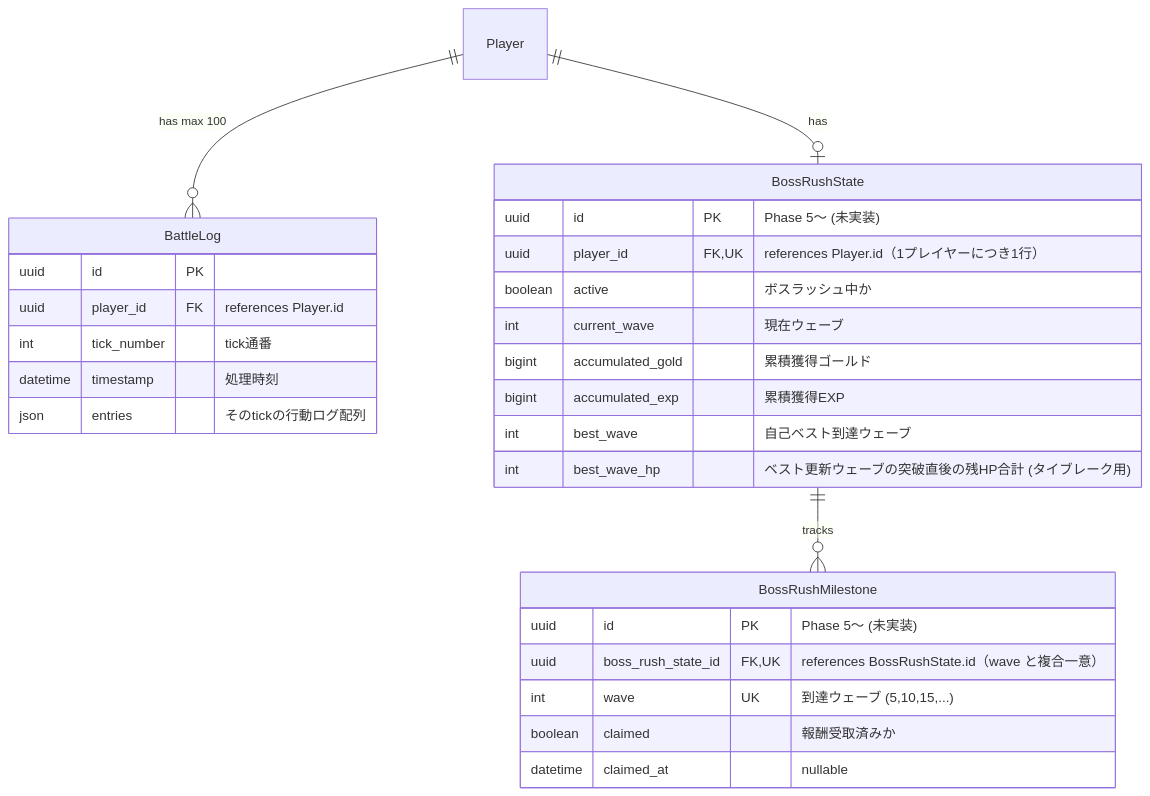
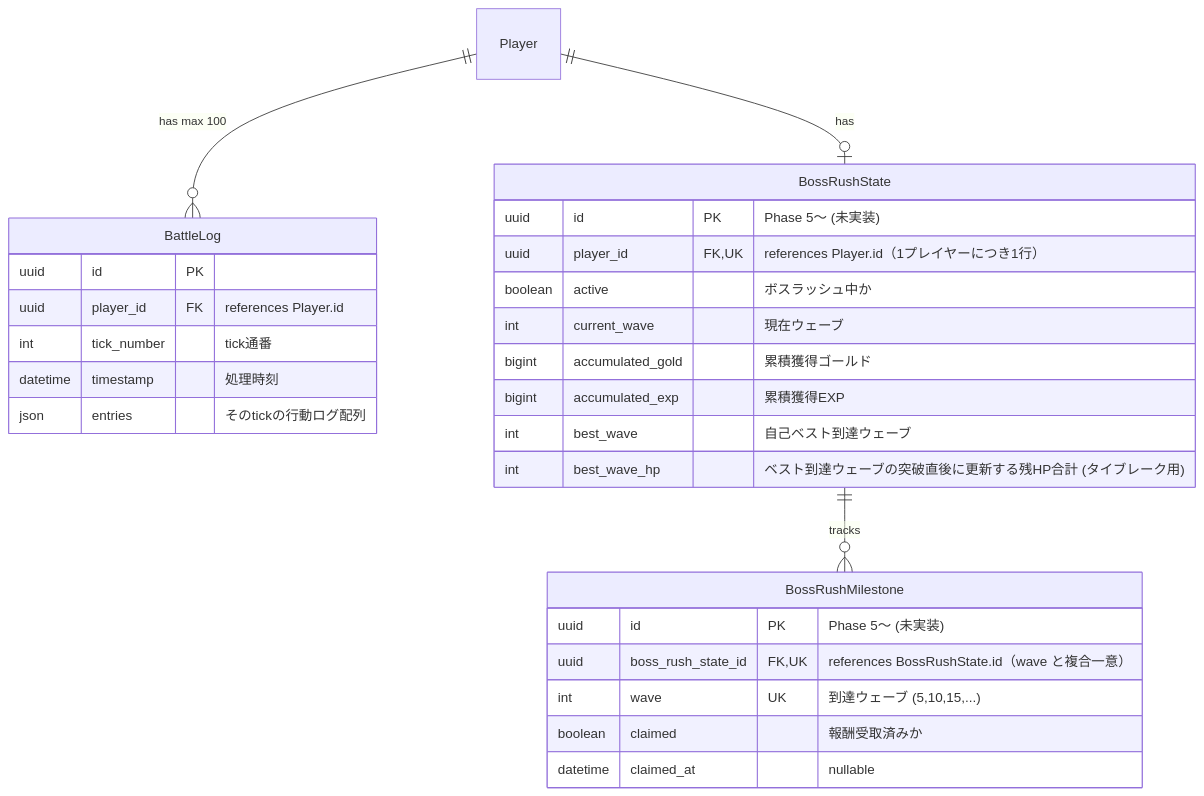
One commit to dateeee/2026_AFKGAME changed the first of 2 diagrams in docs/diagrams/er_diagram/battle.md. Above: the diagram before and after it, drawn with Mermaid. The commit also changed 1 other file, not shown here.

Commit message:
fix(diagrams): best_wave_hp の記録時点を定義書とER図で一致させた
check_schema_triple.py の備考照合（新設）が ER図の注釈を赤で返していた。
定義書側は「突破直後」と「更新」が離れていて契機語として拾われず、抽出語が
「到達」だけになる一方、ER図の注釈は「突破」しか持っていなかった。

- er_diagram/battle.md: 注釈を「ベスト到達ウェーブの突破直後に更新する残HP合計」へ
- tech_db/battle.md: 備考の「突破直後に更新」を隣接させ、契機語として突破も拾わせる

検証: check_schema_triple / check_mermaid / check_docs すべて exit 0

````diff
--- a/docs/diagrams/er_diagram/battle.md
+++ b/docs/diagrams/er_diagram/battle.md
@@ -8,34 +8,34 @@
 ```mermaid
 %%{init: {'theme': 'default', 'themeVariables': {'fontSize': '16px'}} }%%
 erDiagram
     Player ||--o{ BattleLog : "has max 100"
     Player ||--o| BossRushState : "has"
     BossRushState ||--o{ BossRushMilestone : "tracks"
 
     BattleLog {
         uuid id PK
         uuid player_id FK "references Player.id"
         int tick_number "tick通番"
         datetime timestamp "処理時刻"
         json entries "そのtickの行動ログ配列"
     }
 
     BossRushState {
         uuid id PK "Phase 5〜 (未実装)"
         uuid player_id FK, UK "references Player.id（1プレイヤーにつき1行）"
         boolean active "ボスラッシュ中か"
         int current_wave "現在ウェーブ"
         bigint accumulated_gold "累積獲得ゴールド"
         bigint accumulated_exp "累積獲得EXP"
         int best_wave "自己ベスト到達ウェーブ"
-        int best_wave_hp "ベスト更新ウェーブの突破直後の残HP合計 (タイブレーク用)"
+        int best_wave_hp "ベスト到達ウェーブの突破直後に更新する残HP合計 (タイブレーク用)"
     }
 
     BossRushMilestone {
         uuid id PK "Phase 5〜 (未実装)"
         uuid boss_rush_state_id FK, UK "references BossRushState.id（wave と複合一意）"
         int wave UK "到達ウェーブ (5,10,15,...)"
         boolean claimed "報酬受取済みか"
         datetime claimed_at "nullable"
     }
 ```
````
